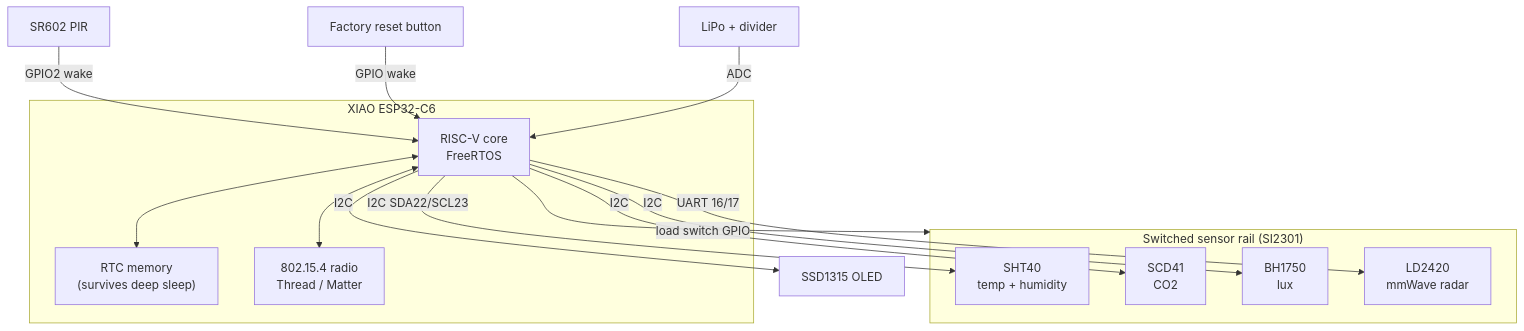
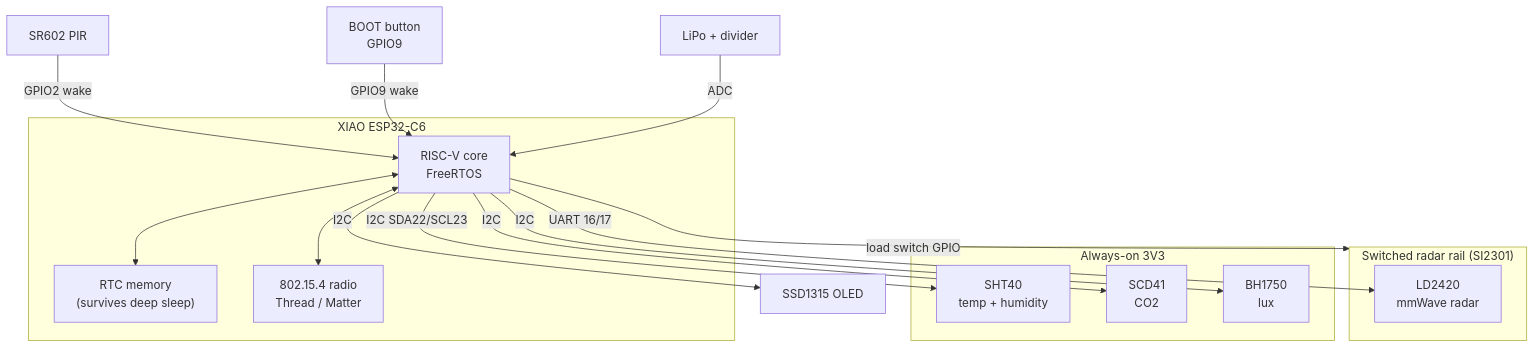
Before and after one commit to M1RK02/OmniSensor: the diagram in project_description.md, drawn with Mermaid. The commit also changed other lines of this file and 13 other files, not shown here.

Commit message:
feat(hub): integrate LD2420 mmWave radar with PIR fusion and update specs

````diff
--- a/project_description.md
+++ b/project_description.md
@@ -49,32 +49,35 @@
 ```mermaid
 graph TD
     subgraph MCU["XIAO ESP32-C6"]
         CPU["RISC-V core<br/>FreeRTOS"]
         RTCMEM["RTC memory<br/>(survives deep sleep)"]
         RADIO["802.15.4 radio<br/>Thread / Matter"]
     end
 
-    subgraph SW["Switched sensor rail (SI2301)"]
+    subgraph SW["Switched radar rail (SI2301)"]
+        LD["LD2420<br/>mmWave radar"]
+    end
+
+    subgraph AO["Always-on 3V3"]
         SHT["SHT40<br/>temp + humidity"]
         SCD["SCD41<br/>CO2"]
         BH["BH1750<br/>lux"]
-        LD["LD2420<br/>mmWave radar"]
     end
 
     OLED["SSD1315 OLED"]
     PIR["SR602 PIR"]
-    BTN["Factory reset button"]
+    BTN["BOOT button<br/>GPIO9"]
     BATT["LiPo + divider"]
 
     CPU -->|I2C SDA22/SCL23| SHT
     CPU -->|I2C| SCD
     CPU -->|I2C| BH
     CPU -->|I2C| OLED
     CPU -->|UART 16/17| LD
     PIR -->|GPIO2 wake| CPU
-    BTN -->|GPIO wake| CPU
+    BTN -->|GPIO9 wake| CPU
     BATT -->|ADC| CPU
     CPU -->|load switch GPIO| SW
     CPU <--> RTCMEM
     CPU <--> RADIO
 ```
````
